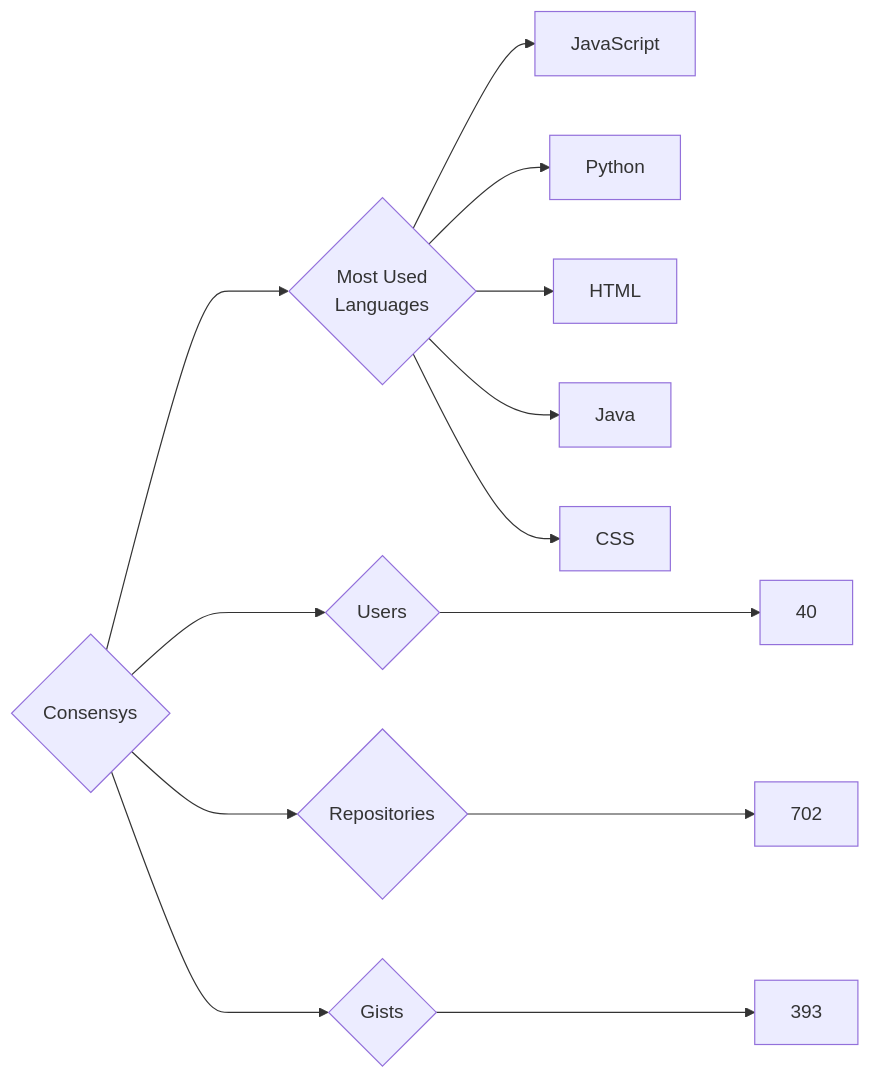
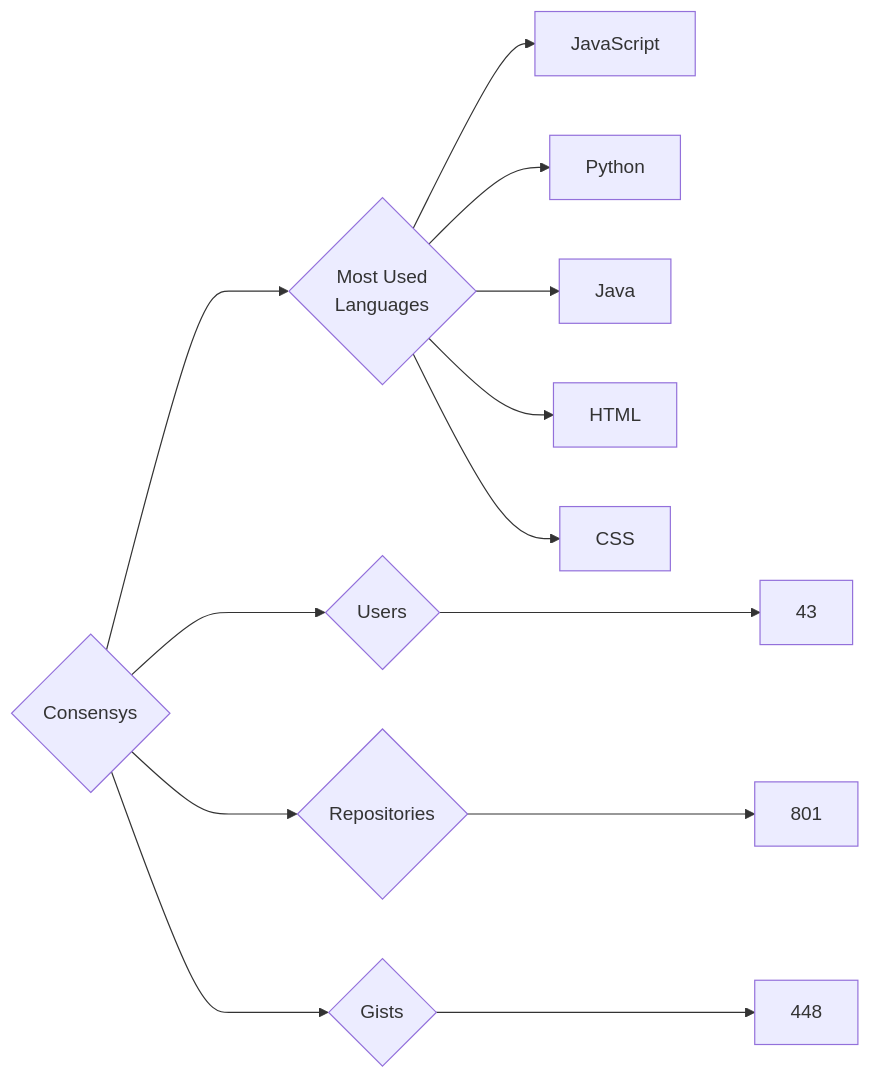
The diagram in targets/Consensys/README.md (trickest/insiders), drawn with Mermaid before and after one commit. The commit also changed 714 other files, not shown here.

````diff
--- a/targets/Consensys/README.md
+++ b/targets/Consensys/README.md
@@ -3,13 +3,13 @@
 ```mermaid
 graph LR
 COMPANY_NAME{Consensys}
-COMPANY_NAME ---> U{Users} ---> UN[40]
-COMPANY_NAME ---> R{Repositories} ---> RN[702]
-COMPANY_NAME ---> G{Gists} ---> GN[393]
+COMPANY_NAME ---> U{Users} ---> UN[43]
+COMPANY_NAME ---> R{Repositories} ---> RN[801]
+COMPANY_NAME ---> G{Gists} ---> GN[448]
 COMPANY_NAME ---> ML{Most Used<br>Languages}
 ML --> JavaScript[JavaScript]
 ML --> Python[Python]
+ML --> Java[Java]
 ML --> HTML[HTML]
-ML --> Java[Java]
 ML --> CSS[CSS]
 ```
````
